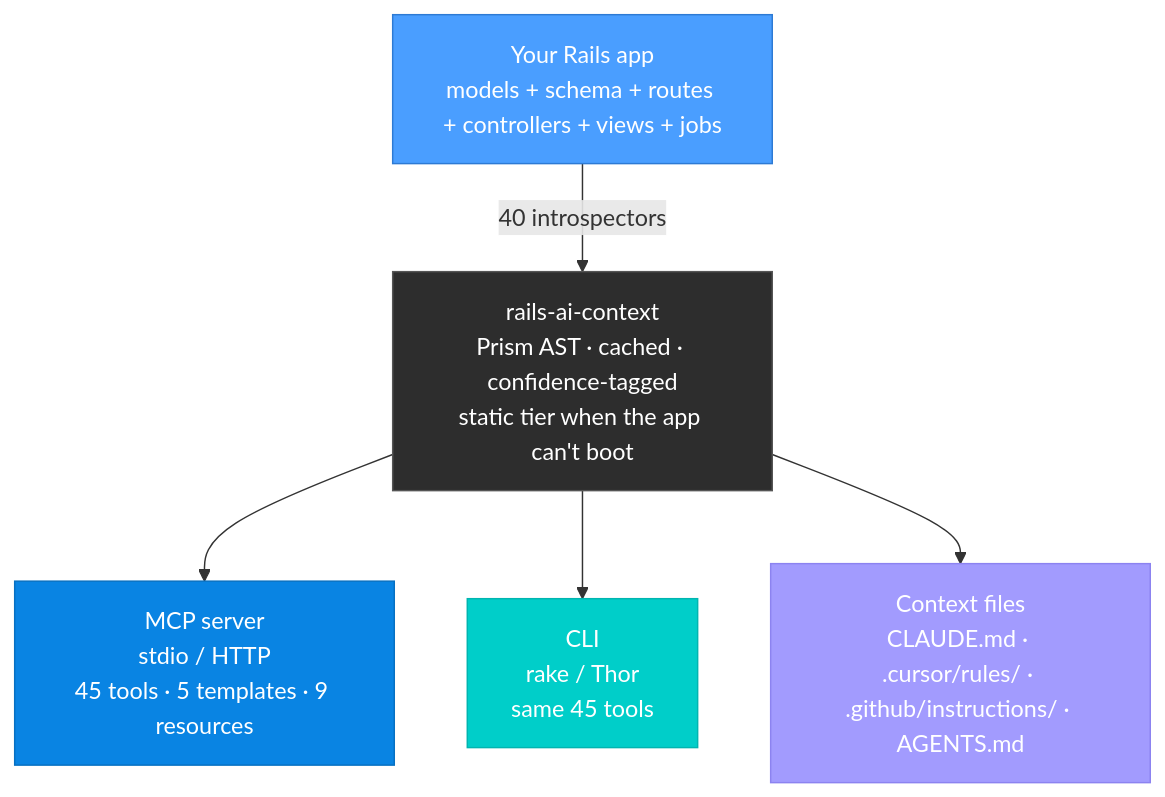
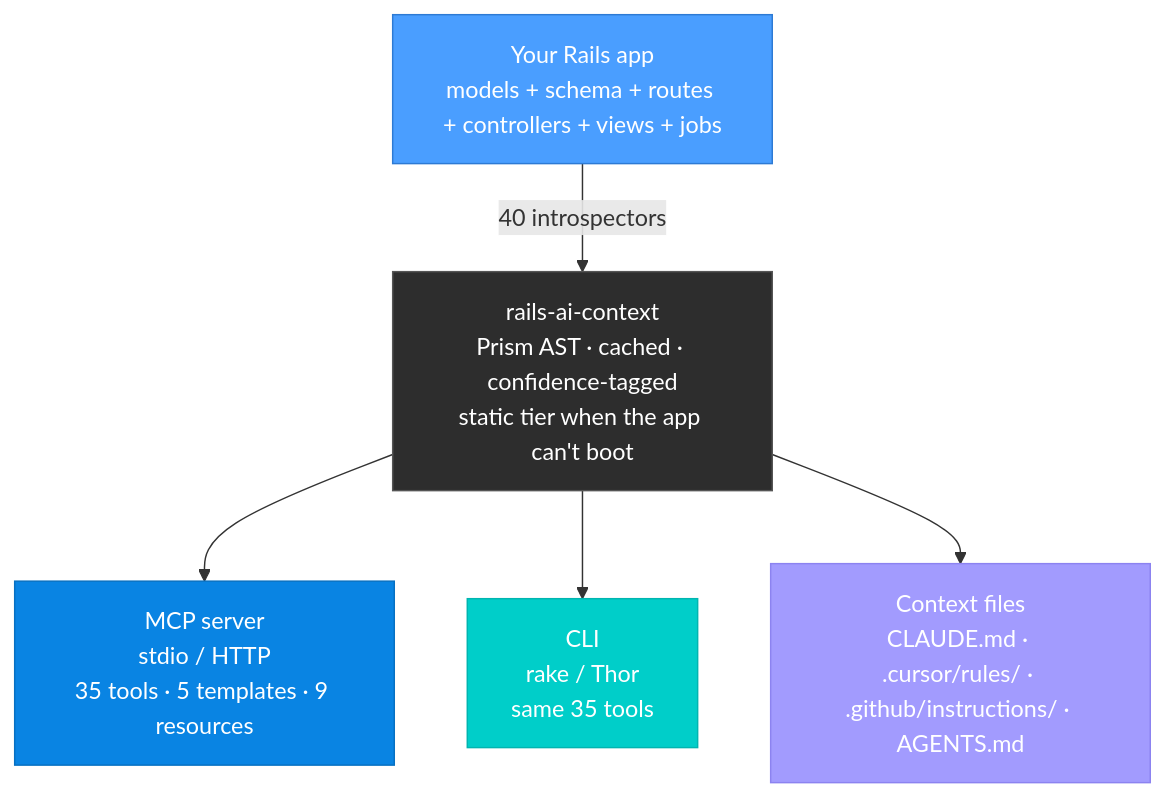
Before and after one commit to crisnahine/rails-ai-context: the diagram in README.md, drawn with Mermaid. The commit also changed other lines of this file and 264 other files, not shown here.

````diff
--- a/README.md
+++ b/README.md
@@ -153,14 +153,14 @@
 ```mermaid
 graph TD
     A["Your Rails app\nmodels + schema + routes + controllers + views + jobs"] -->|"40 introspectors"| B
     B["rails-ai-context\nPrism AST · cached · confidence-tagged\nstatic tier when the app can't boot"]
-    B --> C["MCP server\nstdio / HTTP\n45 tools · 5 templates · 9 resources"]
-    B --> D["CLI\nrake / Thor\nsame 45 tools"]
+    B --> C["MCP server\nstdio / HTTP\n35 tools · 5 templates · 9 resources"]
+    B --> D["CLI\nrake / Thor\nsame 35 tools"]
     B --> E["Context files\nCLAUDE.md · .cursor/rules/ · .github/instructions/ · AGENTS.md"]
 
     style A fill:#4a9eff,stroke:#2d7ad4,color:#fff
     style B fill:#2d2d2d,stroke:#555,color:#fff
     style C fill:#0984e3,stroke:#0770c2,color:#fff
     style D fill:#00cec9,stroke:#00b5b0,color:#fff
     style E fill:#a29bfe,stroke:#8c83f0,color:#fff
 ```
````
